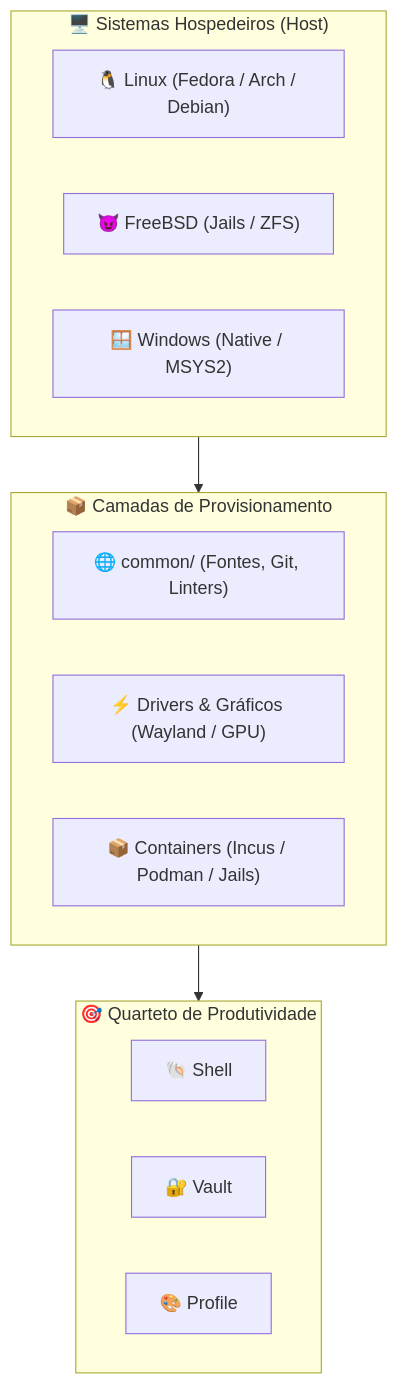
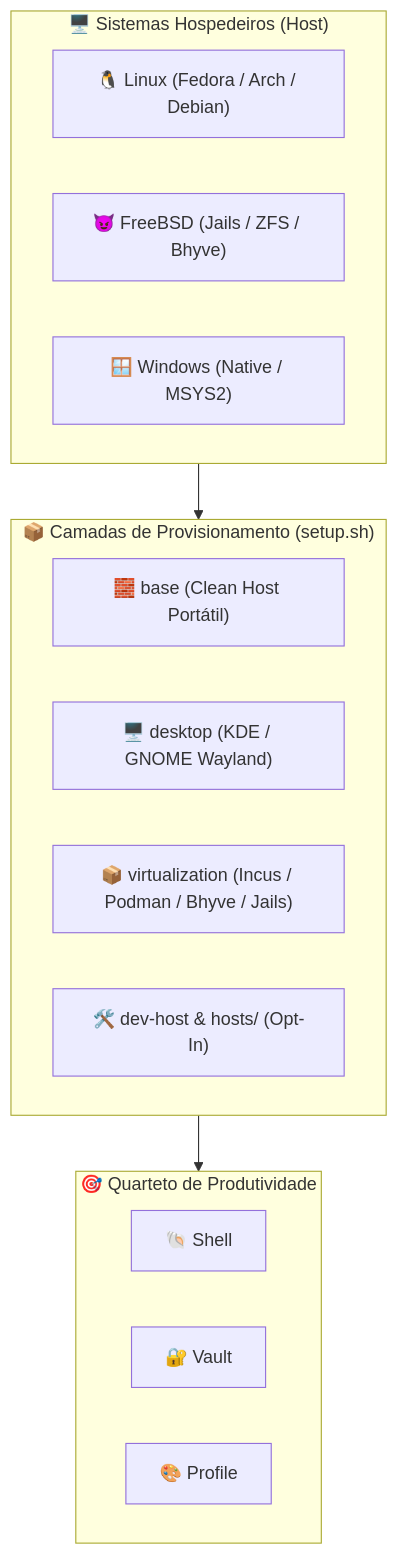
Before and after one commit to GabrielFrigo4/setup: the diagram in README.md, drawn with Mermaid. The commit also changed other lines of this file and 163 other files, not shown here.

````diff
--- a/README.md
+++ b/README.md
@@ -36,23 +36,24 @@
 ```mermaid
 flowchart TD
     subgraph SO ["🖥️ Sistemas Hospedeiros (Host)"]
         LNX["🐧 Linux (Fedora / Arch / Debian)"]
-        BSD["😈 FreeBSD (Jails / ZFS)"]
+        BSD["😈 FreeBSD (Jails / ZFS / Bhyve)"]
         WIN["🪟 Windows (Native / MSYS2)"]
     end
 
-    subgraph PROV ["📦 Camadas de Provisionamento"]
-        COM["🌐 common/ (Fontes, Git, Linters)"]
-        DRV["⚡ Drivers & Gráficos (Wayland / GPU)"]
-        CNT["📦 Containers (Incus / Podman / Jails)"]
+    subgraph PROV ["📦 Camadas de Provisionamento (setup.sh)"]
+        BASE["🧱 base (Clean Host Portátil)"]
+        DESK["🖥️ desktop (KDE / GNOME Wayland)"]
+        VIRT["📦 virtualization (Incus / Podman / Bhyve / Jails)"]
+        OPT["🛠️ dev-host & hosts/ (Opt-In)"]
     end
 
     subgraph PROD ["🎯 Quarteto de Produtividade"]
         SH["🐚 Shell"]
         VT["🔐 Vault"]
         PR["🎨 Profile"]
     end
 
     SO --> PROV
     PROV --> PROD
 ```
````
